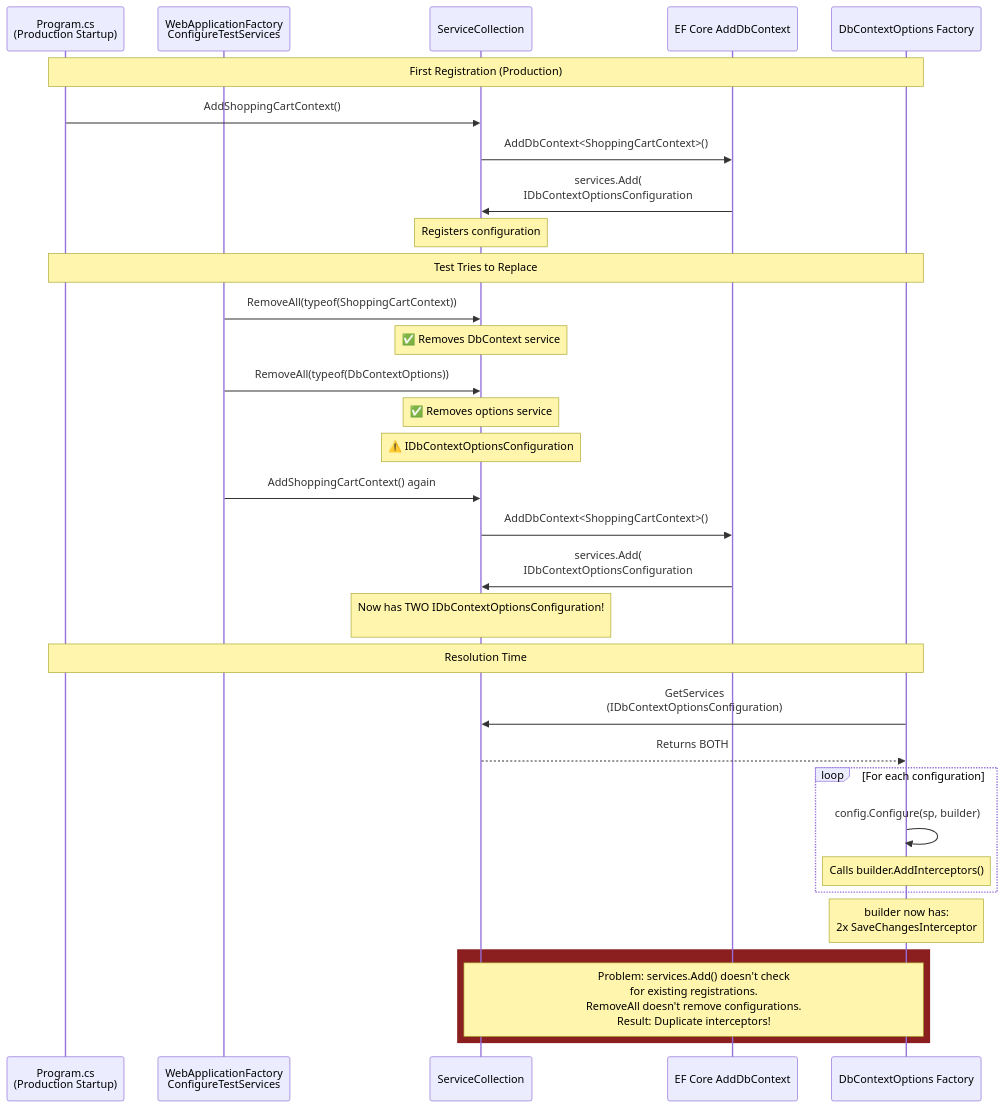
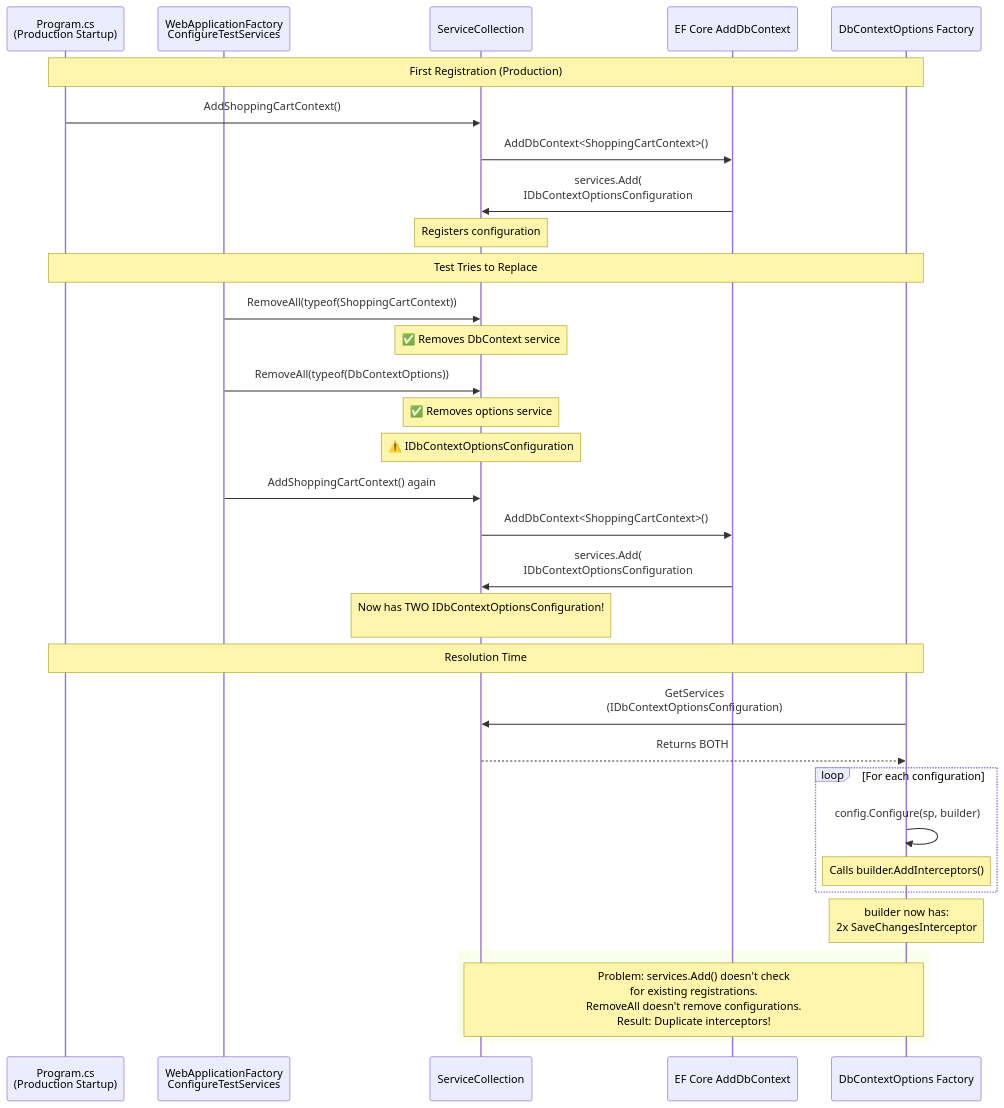
Before and after one commit to harveylx/portfolio-website: the fifth of 7 diagrams in astro-portfolio/src/data/blog/_2025/debugging-duplicate-event-processing.md, drawn with Mermaid. The commit also changed other lines of this file and 2 other files, not shown here.

Commit message:
Update theme handling for mermaid diagrams and clean up styles in blog post

````diff
--- a/astro-portfolio/src/data/blog/_2025/debugging-duplicate-event-processing.md
+++ b/astro-portfolio/src/data/blog/_2025/debugging-duplicate-event-processing.md
@@ -472,45 +458,45 @@
 ```mermaid
 sequenceDiagram
     participant Prod as Program.cs<br/>(Production Startup)
     participant Test as WebApplicationFactory<br/>ConfigureTestServices
     participant SC as ServiceCollection
     participant EF as EF Core AddDbContext
     participant Options as DbContextOptions Factory
 
     Note over Prod,Options: First Registration (Production)
 
     Prod->>SC: AddShoppingCartContext()
     SC->>EF: AddDbContext<ShoppingCartContext>()
     EF->>SC: services.Add(<br/>IDbContextOptionsConfiguration #1)
     Note over SC: Registers configuration #1<br/>with interceptor setup
 
     Note over Prod,Options: Test Tries to Replace
 
     Test->>SC: RemoveAll(typeof(ShoppingCartContext))
     Note over SC: ✅ Removes DbContext service
     Test->>SC: RemoveAll(typeof(DbContextOptions))
     Note over SC: ✅ Removes options service
 
     Note over SC: ⚠️ IDbContextOptionsConfiguration #1<br/>STILL REGISTERED!
 
     Test->>SC: AddShoppingCartContext() again
     SC->>EF: AddDbContext<ShoppingCartContext>()
     EF->>SC: services.Add(<br/>IDbContextOptionsConfiguration #2)
     Note over SC: Now has TWO IDbContextOptionsConfiguration!<br/>#1 (from prod) + #2 (from test)
 
     Note over Prod,Options: Resolution Time
 
     Options->>SC: GetServices<br/>(IDbContextOptionsConfiguration)
     SC-->>Options: Returns BOTH #1 and #2
 
     loop For each configuration
         Options->>Options: config.Configure(sp, builder)
         Note over Options: Calls builder.AddInterceptors()
     end
 
     Note over Options: builder now has:<br/>2x SaveChangesInterceptor
 
-    rect rgb(139, 30, 30)
+    rect
         Note over SC,Options: Problem: services.Add() doesn't check<br/>for existing registrations.<br/>RemoveAll doesn't remove configurations.<br/>Result: Duplicate interceptors!
     end
 ```
````
